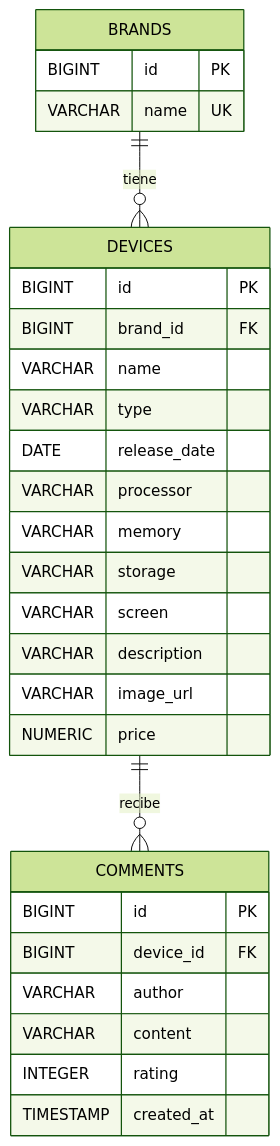
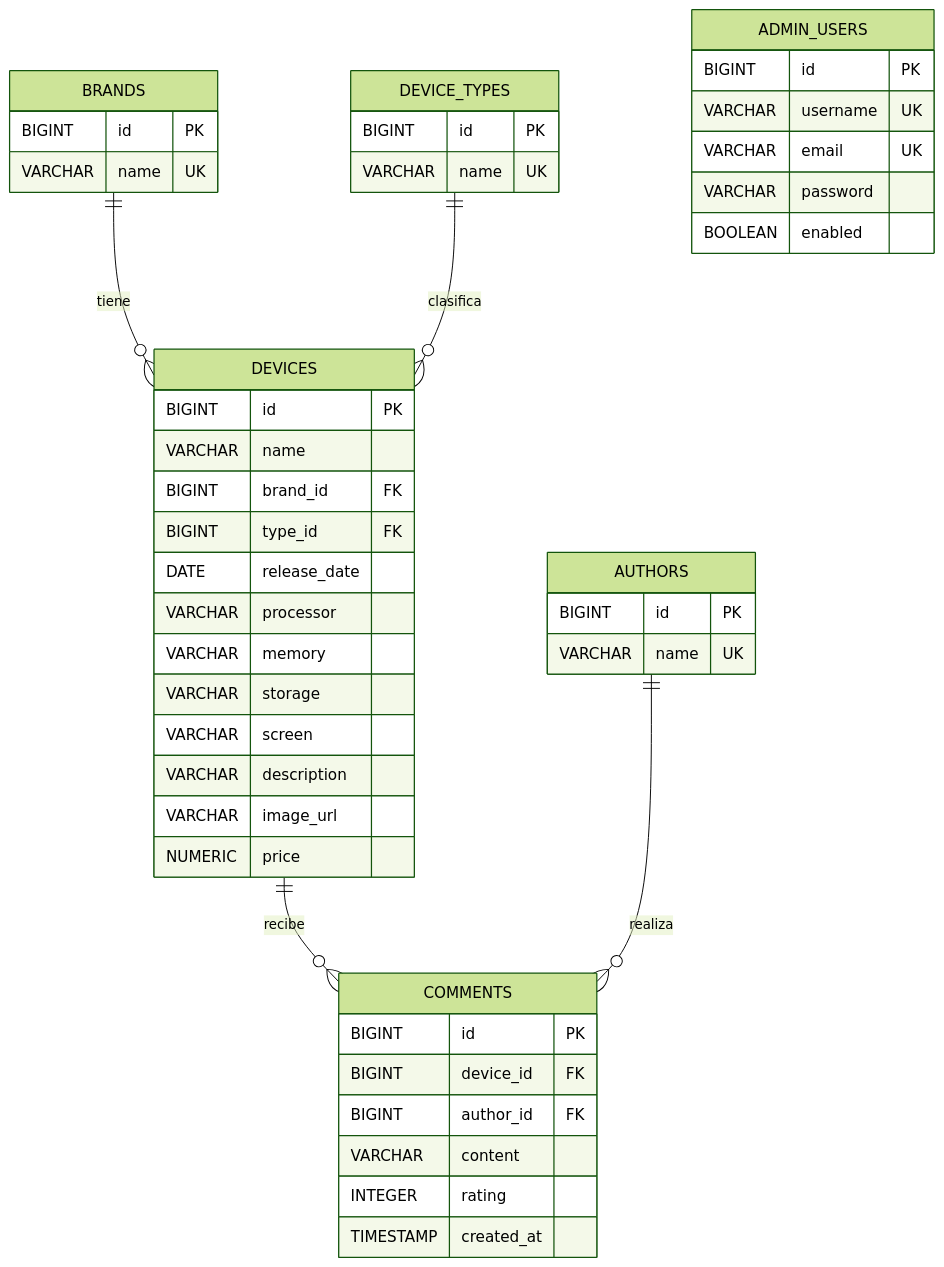
One commit to jg4681710-maker/SmartTech-AA2 changed the diagram in docs/modelo_entidad_relacion.mmd. Above: the diagram before and after it, drawn with Mermaid (forest theme). The commit also changed 50 other files, not shown here.

```diff
--- a/docs/modelo_entidad_relacion.mmd
+++ b/docs/modelo_entidad_relacion.mmd
@@ -1,32 +1,53 @@
 erDiagram
+
     BRANDS ||--o{ DEVICES : "tiene"
+    DEVICE_TYPES ||--o{ DEVICES : "clasifica"
     DEVICES ||--o{ COMMENTS : "recibe"
+    AUTHORS ||--o{ COMMENTS : "realiza"
 
     BRANDS {
         BIGINT id PK
         VARCHAR name UK
     }
 
+    DEVICE_TYPES {
+        BIGINT id PK
+        VARCHAR name UK
+    }
+
     DEVICES {
         BIGINT id PK
+        VARCHAR name
         BIGINT brand_id FK
-        VARCHAR name
-        VARCHAR type
+        BIGINT type_id FK
         DATE release_date
         VARCHAR processor
         VARCHAR memory
         VARCHAR storage
         VARCHAR screen
         VARCHAR description
         VARCHAR image_url
         NUMERIC price
     }
 
+    AUTHORS {
+        BIGINT id PK
+        VARCHAR name UK
+    }
+
     COMMENTS {
         BIGINT id PK
         BIGINT device_id FK
-        VARCHAR author
+        BIGINT author_id FK
         VARCHAR content
         INTEGER rating
         TIMESTAMP created_at
     }
+
+    ADMIN_USERS {
+        BIGINT id PK
+        VARCHAR username UK
+        VARCHAR email UK
+        VARCHAR password
+        BOOLEAN enabled
+    }
```
